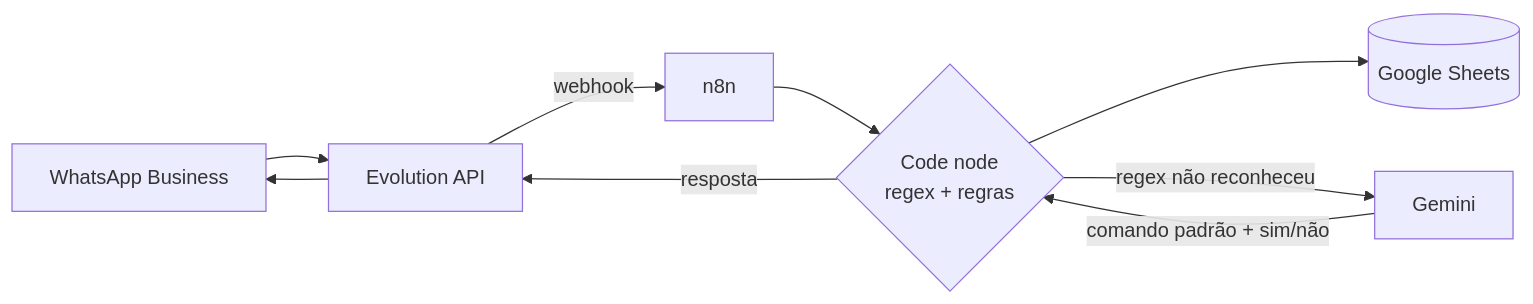
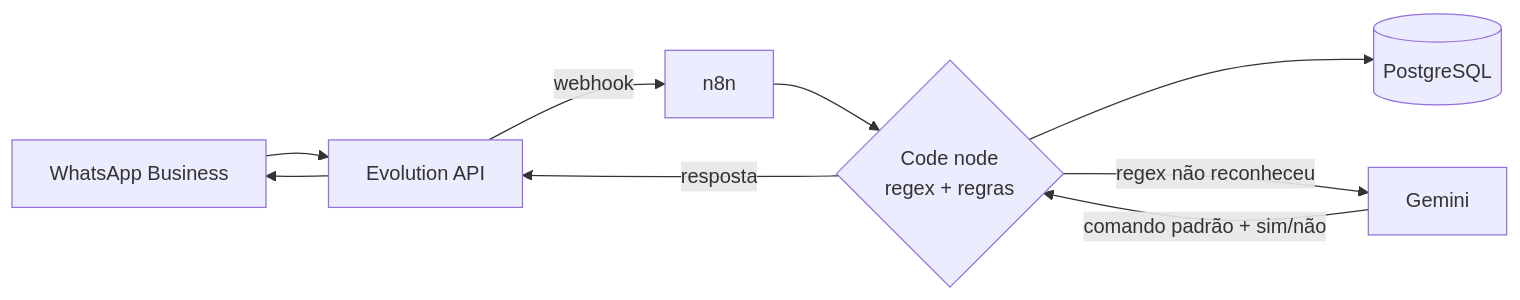
Before and after one commit to danyllo153/labflow-whatsapp-automation: the diagram in README.md, drawn with Mermaid. The commit also changed other lines of this file and 1 other file, not shown here.

````diff
--- a/README.md
+++ b/README.md
@@ -74,11 +74,11 @@
 ```mermaid
 flowchart LR
     A[WhatsApp Business] --> B[Evolution API]
     B -- webhook --> C[n8n]
     C --> D{Code node<br/>regex + regras}
-    D --> E[(Google Sheets)]
+    D --> E[(PostgreSQL)]
     D -- "regex não reconheceu" --> F[Gemini]
     F -- "comando padrão + sim/não" --> D
     D -- resposta --> B
     B --> A
 ```
````
